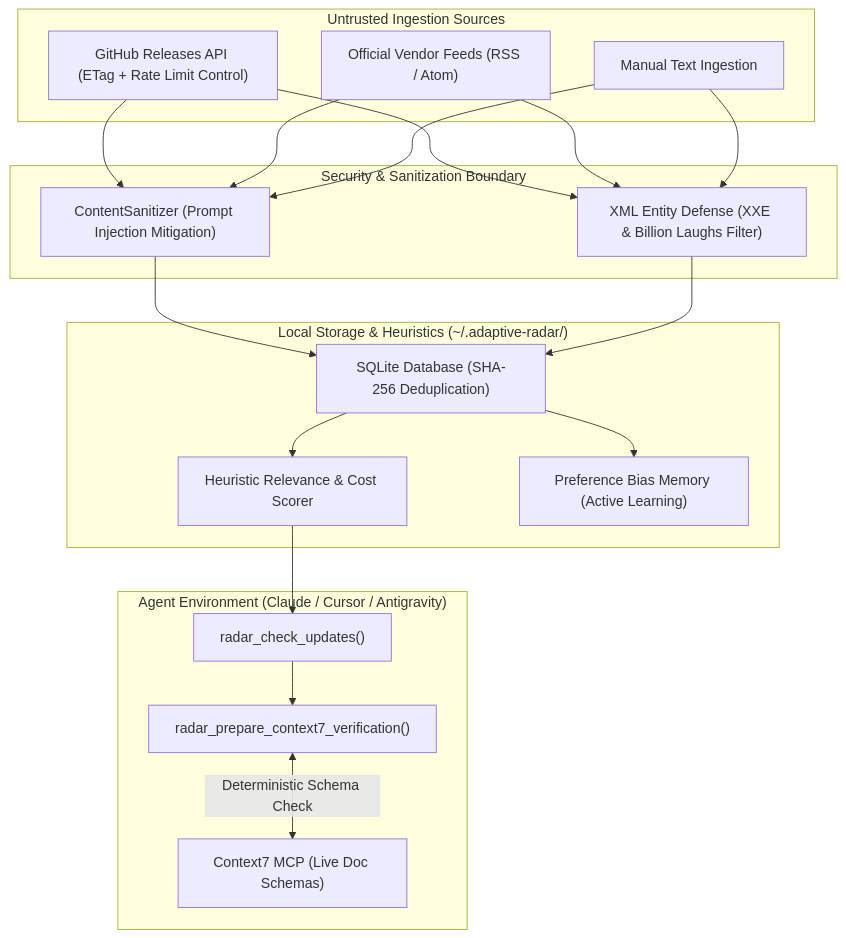
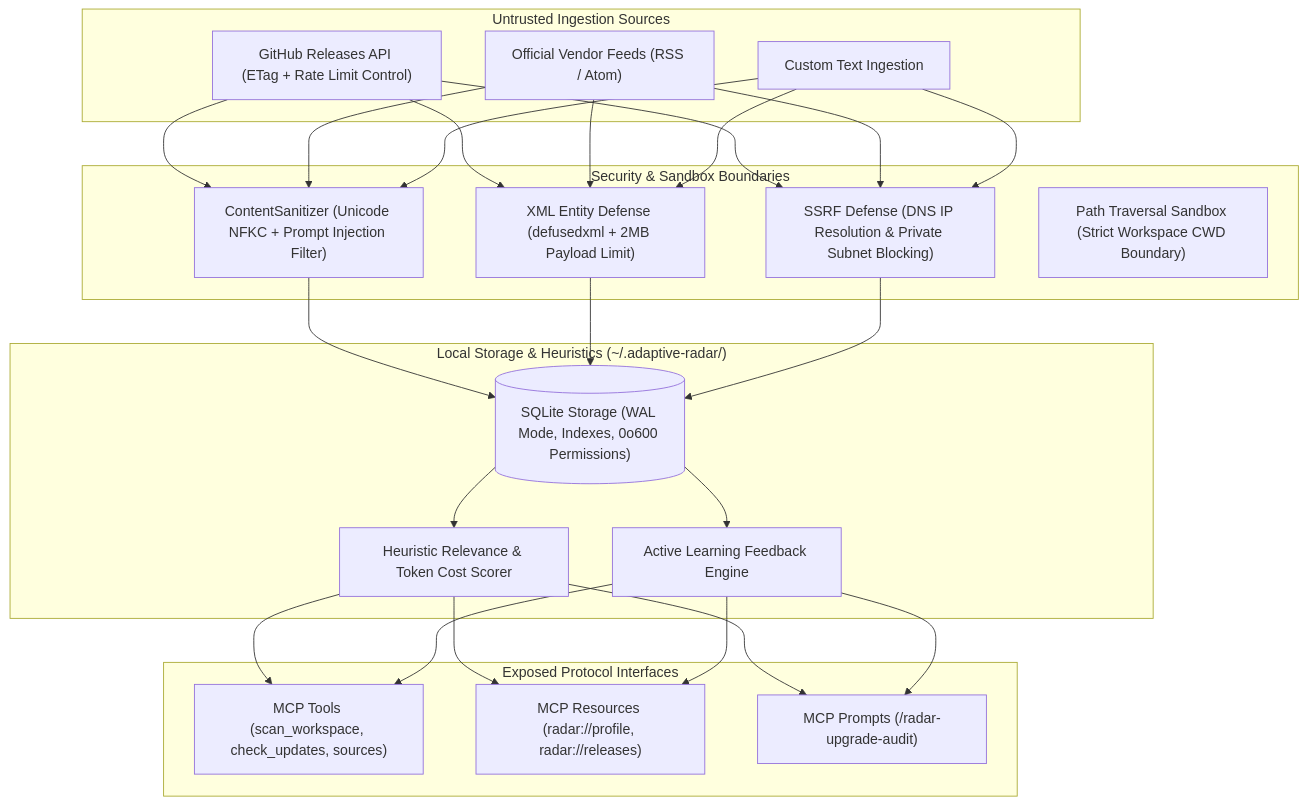
The diagram in README.md (SerhiiHirus/adaptive-radar-mcp), drawn with Mermaid before and after one commit. The commit also changed other lines of this file and 10 other files, not shown here.

Commit message:
feat(v0.3.0): implement MCP resources, prompts, manifest scanner, SSRF defense, and SQLite WAL mode

````diff
--- a/README.md
+++ b/README.md
@@ -26,32 +26,32 @@
 ```mermaid
 flowchart TD
     subgraph Ingestion ["Untrusted Ingestion Sources"]
         A1["GitHub Releases API (ETag + Rate Limit Control)"]
         A2["Official Vendor Feeds (RSS / Atom)"]
-        A3["Manual Text Ingestion"]
+        A3["Custom Text Ingestion"]
     end
 
-    subgraph Defense ["Security & Sanitization Boundary"]
-        B["ContentSanitizer (Prompt Injection Mitigation)"]
-        C["XML Entity Defense (XXE & Billion Laughs Filter)"]
+    subgraph Defense ["Security & Sandbox Boundaries"]
+        B["ContentSanitizer (Unicode NFKC + Prompt Injection Filter)"]
+        C["XML Entity Defense (defusedxml + 2MB Payload Limit)"]
+        D["SSRF Defense (DNS IP Resolution & Private Subnet Blocking)"]
+        E["Path Traversal Sandbox (Strict Workspace CWD Boundary)"]
     end
 
     subgraph Core ["Local Storage & Heuristics (~/.adaptive-radar/)"]
-        D["SQLite Database (SHA-256 Deduplication)"]
-        E["Heuristic Relevance & Cost Scorer"]
-        F["Preference Bias Memory (Active Learning)"]
+        F[("SQLite Storage (WAL Mode, Indexes, 0o600 Permissions)")]
+        G["Heuristic Relevance & Token Cost Scorer"]
+        H["Active Learning Feedback Engine"]
     end
 
-    subgraph Agent ["Agent Environment (Claude / Cursor / Antigravity)"]
-        G["radar_check_updates()"]
-        H["radar_prepare_context7_verification()"]
-        I["Context7 MCP (Live Doc Schemas)"]
+    subgraph Protocol ["Exposed Protocol Interfaces"]
+        I["MCP Tools (scan_workspace, check_updates, sources)"]
+        J["MCP Resources (radar://profile, radar://releases)"]
+        K["MCP Prompts (/radar-upgrade-audit)"]
     end
 
-    A1 & A2 & A3 --> B & C
-    B & C --> D
-    D --> E & F
-    E --> G
-    G --> H
-    H <-->|Deterministic Schema Check| I
+    A1 & A2 & A3 --> B & C & D
+    B & C & D --> F
+    F --> G & H
+    G & H --> I & J & K
 ```
````
